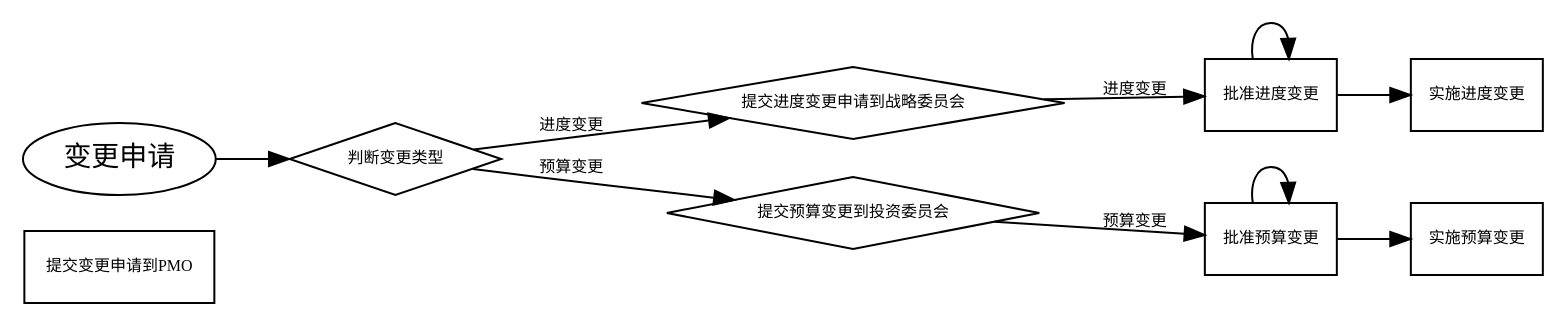
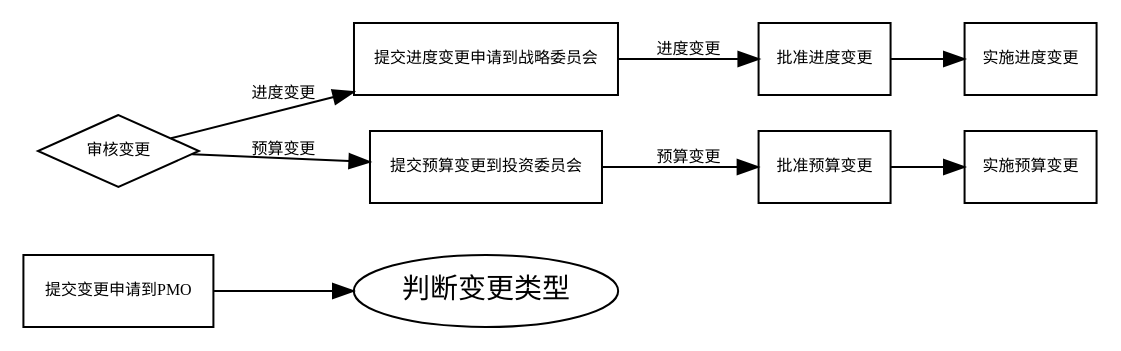
Before and after one commit to cruiurc/cruiurc.github.io: the diagram in source/work/lp/asset/变更流程图.rst, drawn with Graphviz.

```diff
--- a/source/work/lp/asset/变更流程图.rst
+++ b/source/work/lp/asset/变更流程图.rst
@@ -4,20 +4,20 @@
 .. graphviz::
 
     digraph 变更{
         rankdir=LR
         {
           提交变更申请到PMO [shape=box fontsize=8];
-          判断变更类型 [shape=diamond fontsize=8];
-          提交进度变更申请到战略委员会 [shape=diamond fontsize=8];
-          提交预算变更到投资委员会 [shape=diamond fontsize=8];
+          审核变更 [shape=diamond fontsize=8];
+          提交进度变更申请到战略委员会 [shape=box fontsize=8];
+          提交预算变更到投资委员会 [shape=box fontsize=8];
           批准进度变更 [shape=box fontsize=8];
           批准预算变更 [shape=box fontsize=8];
           实施进度变更 [shape=box fontsize=8];
           实施预算变更 [shape=box fontsize=8];
         }
-          变更申请 -> 判断变更类型;
-          判断变更类型 -> 提交进度变更申请到战略委员会 -> 批准进度变更 [label="进度变更" fontsize=8];
-          批准进度变更 ->批准进度变更 -> 实施进度变更;
-          判断变更类型 -> 提交预算变更到投资委员会 -> 批准预算变更 [label="预算变更" fontsize=8];
-          批准预算变更 -> 批准预算变更 -> 实施预算变更;
+          提交变更申请到PMO -> 判断变更类型;
+          审核变更 -> 提交进度变更申请到战略委员会 -> 批准进度变更 [label="进度变更" fontsize=8];
+          批准进度变更 -> 实施进度变更;
+          审核变更 -> 提交预算变更到投资委员会 -> 批准预算变更 [label="预算变更" fontsize=8];
+          批准预算变更 -> 实施预算变更;
         }
```
